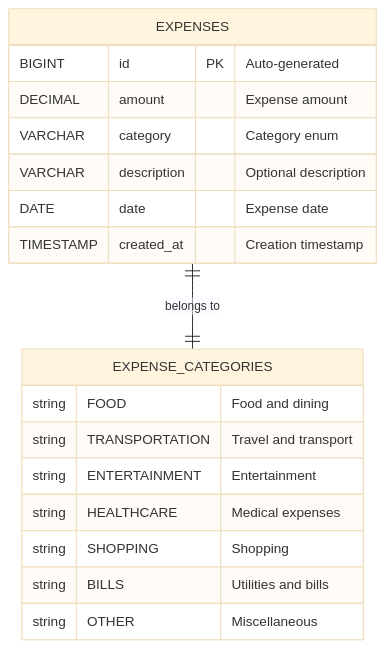
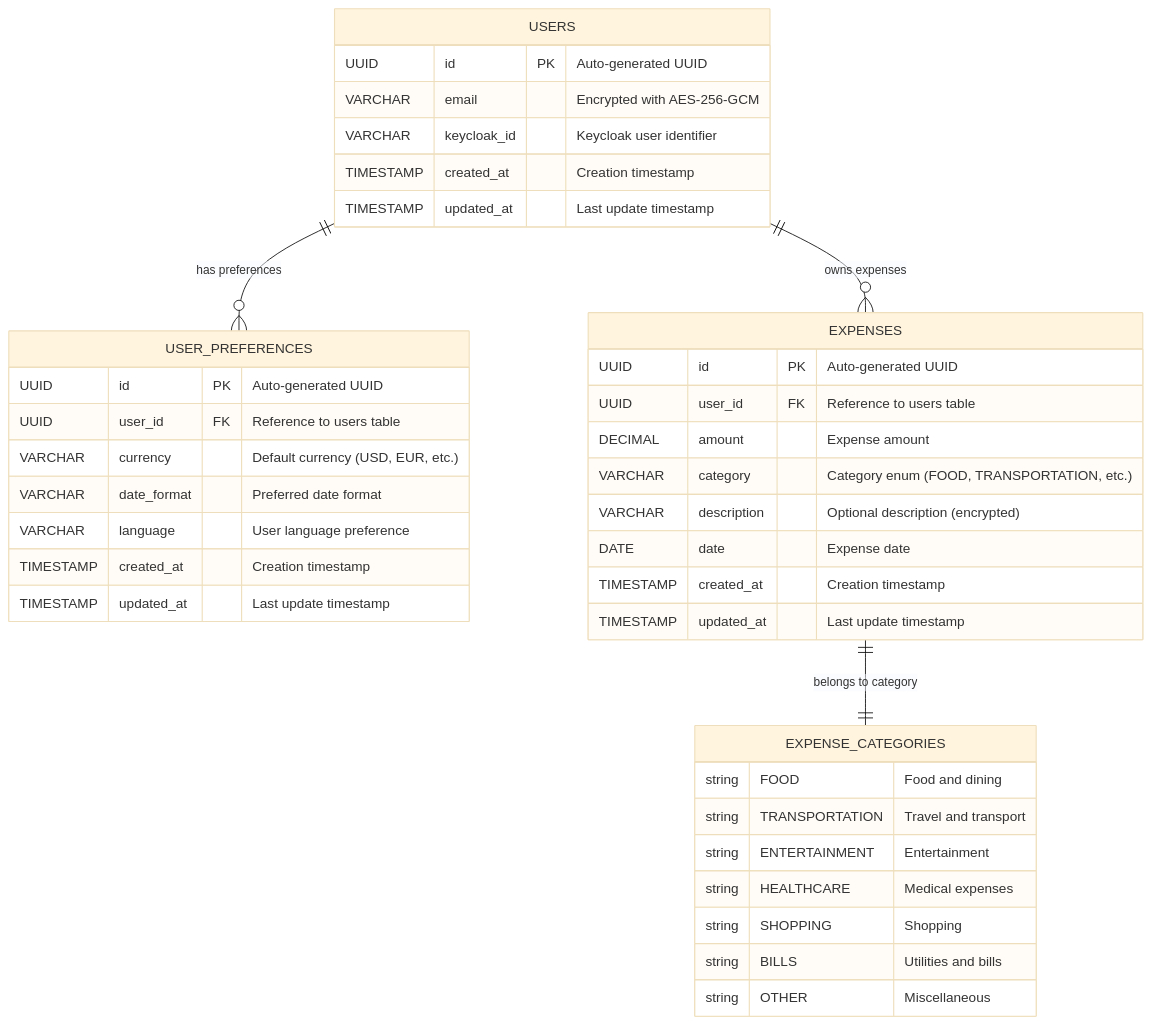
Before and after one commit to GiriSantosh/vibe-code-expense-tracker: the fifth of 7 diagrams in docs/architecture.md, drawn with Mermaid (base theme). The commit also changed other lines of this file and 76 other files, not shown here.

````diff
--- a/docs/architecture.md
+++ b/docs/architecture.md
@@ -70,23 +194,45 @@
 ```mermaid
 erDiagram
+    USERS {
+        UUID id PK "Auto-generated UUID"
+        VARCHAR email "Encrypted with AES-256-GCM"
+        VARCHAR keycloak_id "Keycloak user identifier"
+        TIMESTAMP created_at "Creation timestamp"
+        TIMESTAMP updated_at "Last update timestamp"
+    }
+    
+    USER_PREFERENCES {
+        UUID id PK "Auto-generated UUID"
+        UUID user_id FK "Reference to users table"
+        VARCHAR currency "Default currency (USD, EUR, etc.)"
+        VARCHAR date_format "Preferred date format"
+        VARCHAR language "User language preference"
+        TIMESTAMP created_at "Creation timestamp"
+        TIMESTAMP updated_at "Last update timestamp"
+    }
+    
     EXPENSES {
-        BIGINT id PK "Auto-generated"
+        UUID id PK "Auto-generated UUID"
+        UUID user_id FK "Reference to users table"
         DECIMAL amount "Expense amount"
-        VARCHAR category "Category enum"
-        VARCHAR description "Optional description"
+        VARCHAR category "Category enum (FOOD, TRANSPORTATION, etc.)"
+        VARCHAR description "Optional description (encrypted)"
         DATE date "Expense date"
         TIMESTAMP created_at "Creation timestamp"
+        TIMESTAMP updated_at "Last update timestamp"
     }
     
     EXPENSE_CATEGORIES {
         string FOOD "Food and dining"
         string TRANSPORTATION "Travel and transport"
         string ENTERTAINMENT "Entertainment"
         string HEALTHCARE "Medical expenses"
         string SHOPPING "Shopping"
         string BILLS "Utilities and bills"
         string OTHER "Miscellaneous"
     }
     
-    EXPENSES ||--|| EXPENSE_CATEGORIES : "belongs to"
+    USERS ||--o{ USER_PREFERENCES : "has preferences"
+    USERS ||--o{ EXPENSES : "owns expenses"
+    EXPENSES ||--|| EXPENSE_CATEGORIES : "belongs to category"
 ```
````
